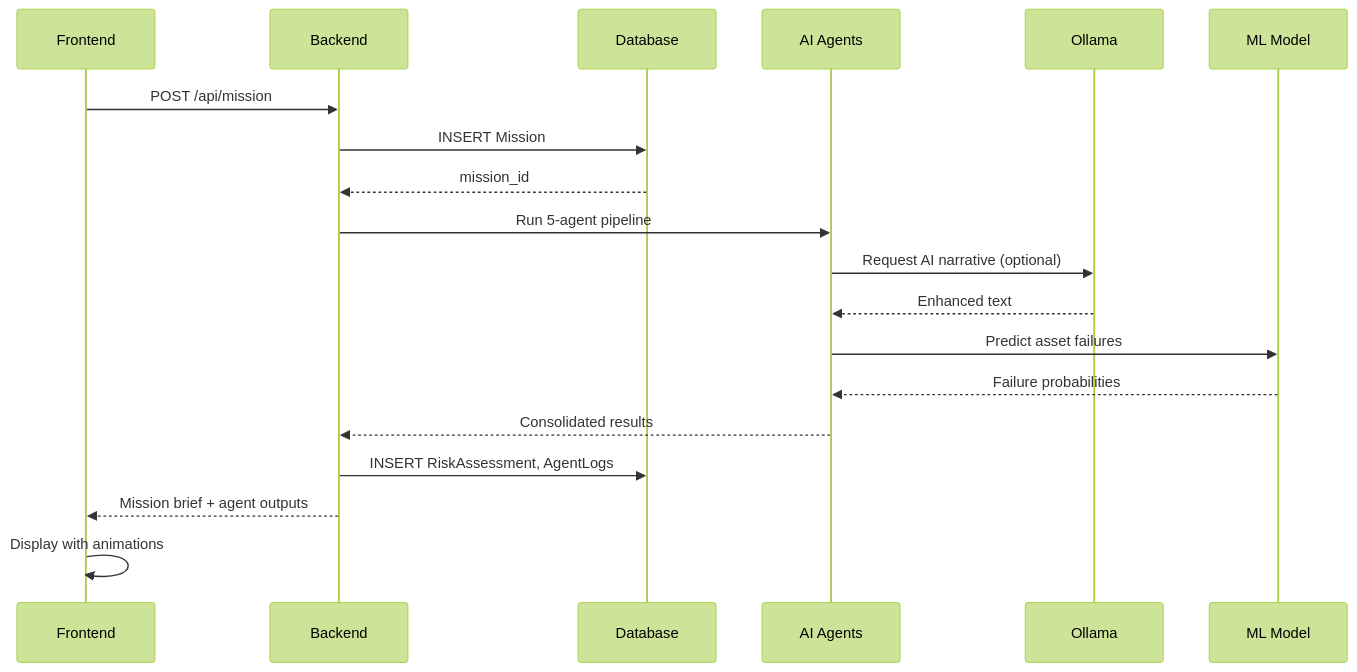
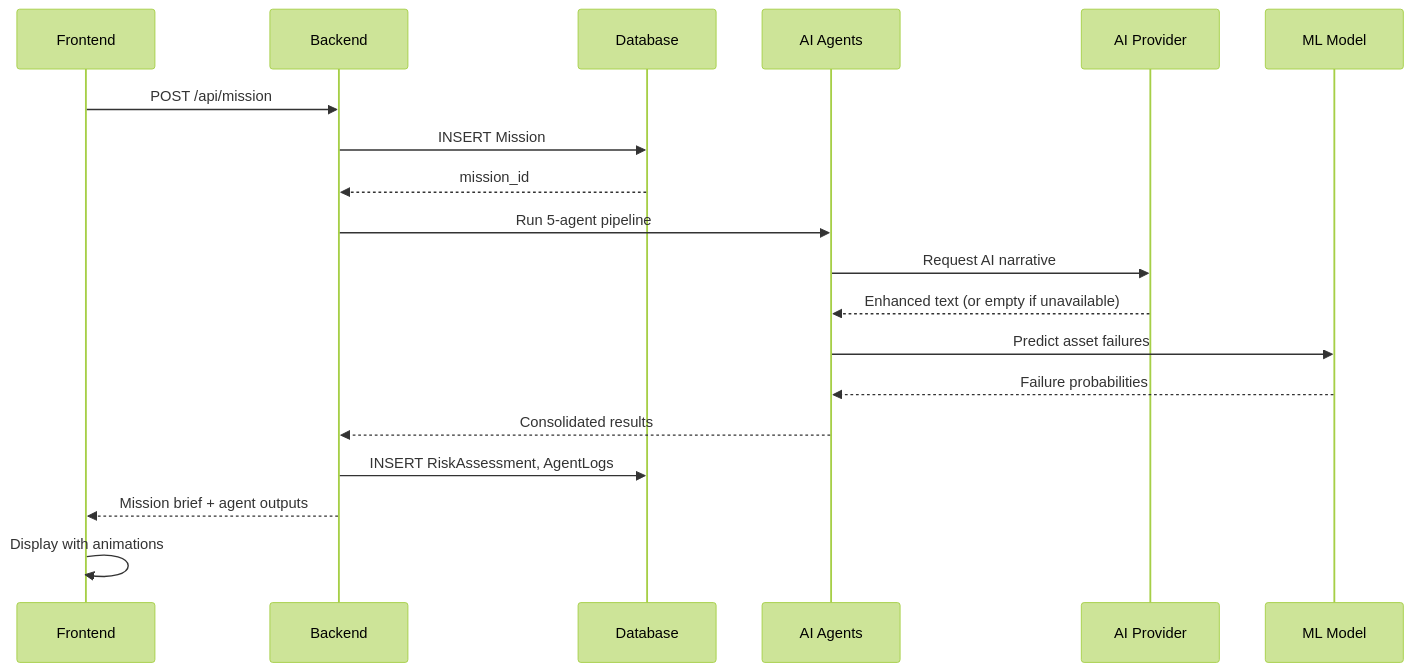
One commit to SaiVarunPappla/ANVIKSHAKA-X changed the fourth of 4 diagrams in README.md. Above: the diagram before and after it, drawn with Mermaid (forest theme). The commit also changed other lines of this file and 8 other files, not shown here.

````diff
--- a/README.md
+++ b/README.md
@@ -281,24 +321,24 @@
 ```mermaid
 sequenceDiagram
     participant UI as Frontend
     participant API as Backend
     participant DB as Database
     participant Agent as AI Agents
-    participant LLM as Ollama
+    participant AIProvider as AI Provider
     participant ML as ML Model
     
     UI->>API: POST /api/mission
     API->>DB: INSERT Mission
     DB-->>API: mission_id
     
     API->>Agent: Run 5-agent pipeline
-    Agent->>LLM: Request AI narrative (optional)
-    LLM-->>Agent: Enhanced text
+    Agent->>AIProvider: Request AI narrative
+    AIProvider-->>Agent: Enhanced text (or empty if unavailable)
     Agent->>ML: Predict asset failures
     ML-->>Agent: Failure probabilities
     Agent-->>API: Consolidated results
     
     API->>DB: INSERT RiskAssessment, AgentLogs
     API-->>UI: Mission brief + agent outputs
     UI->>UI: Display with animations
 ```
````
